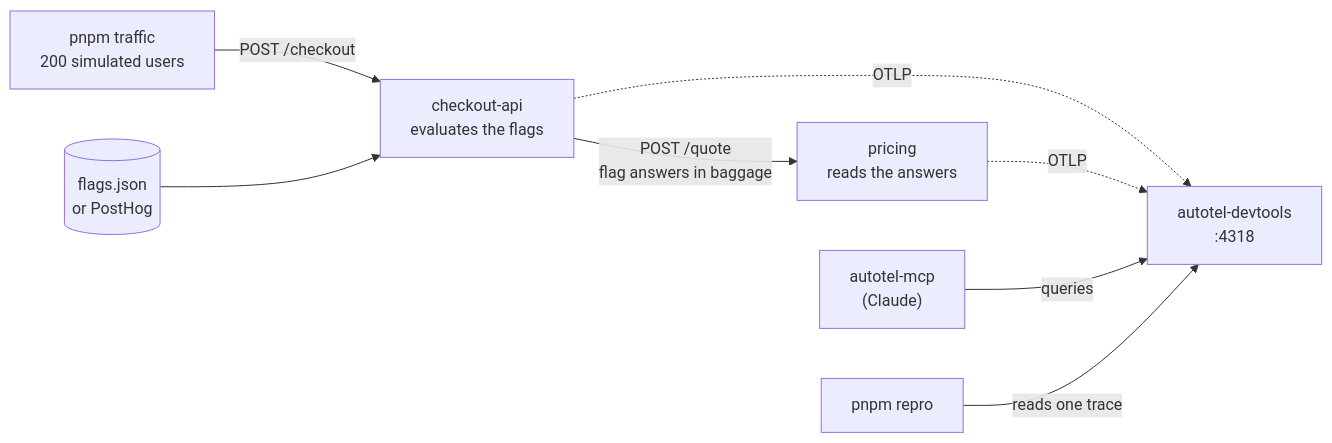
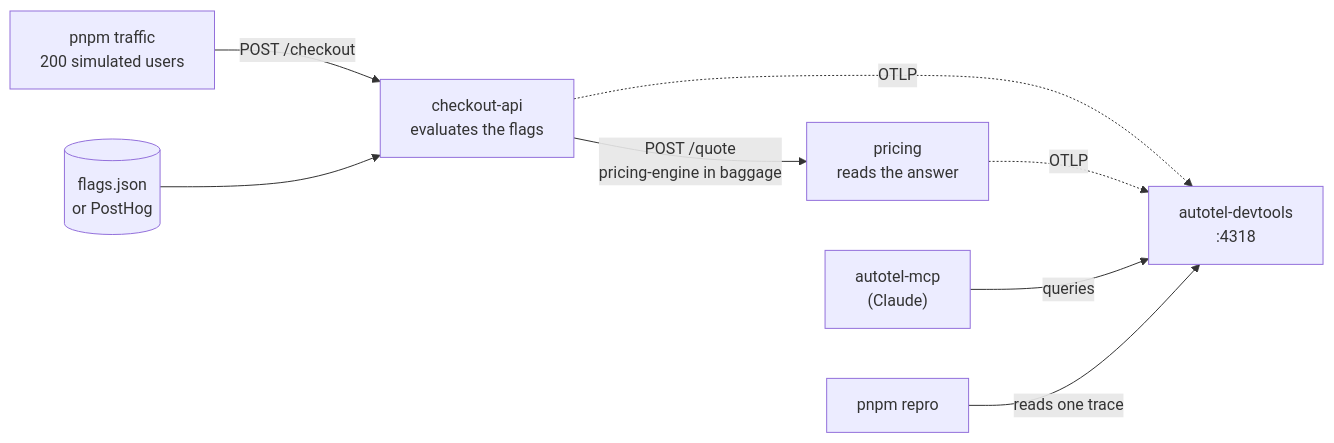
Before and after one commit to jagreehal/autotel-feature-flags-demo: the first of 4 diagrams in README.md, drawn with Mermaid. The commit also changed other lines of this file and 17 other files, not shown here.

````diff
--- a/README.md
+++ b/README.md
@@ -32,10 +33,10 @@
 ```mermaid
 flowchart LR
   traffic["pnpm traffic<br/>200 simulated users"] -->|"POST /checkout"| api["checkout-api<br/>evaluates the flags"]
   source[("flags.json<br/>or PostHog")] --> api
-  api -->|"POST /quote<br/>flag answers in baggage"| pricing["pricing<br/>reads the answers"]
+  api -->|"POST /quote<br/>pricing-engine in baggage"| pricing["pricing<br/>reads the answer"]
   api -.->|OTLP| devtools["autotel-devtools<br/>:4318"]
   pricing -.->|OTLP| devtools
   mcp["autotel-mcp<br/>(Claude)"] -->|queries| devtools
   repro["pnpm repro"] -->|"reads one trace"| devtools
 ```
````
